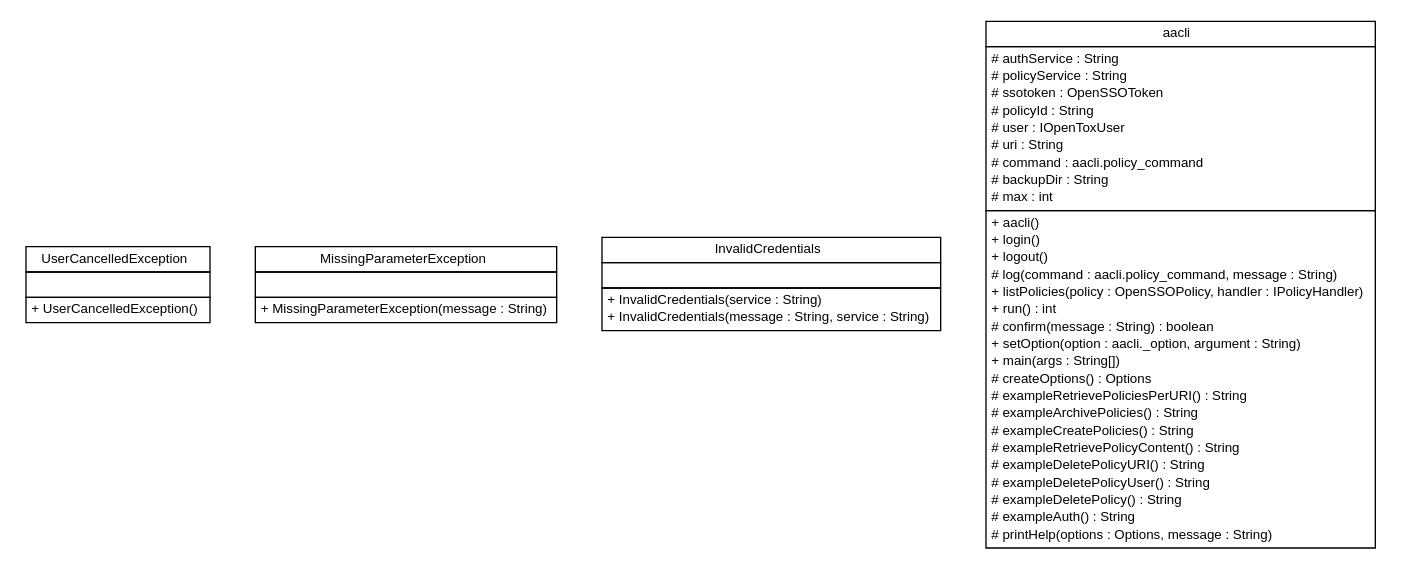
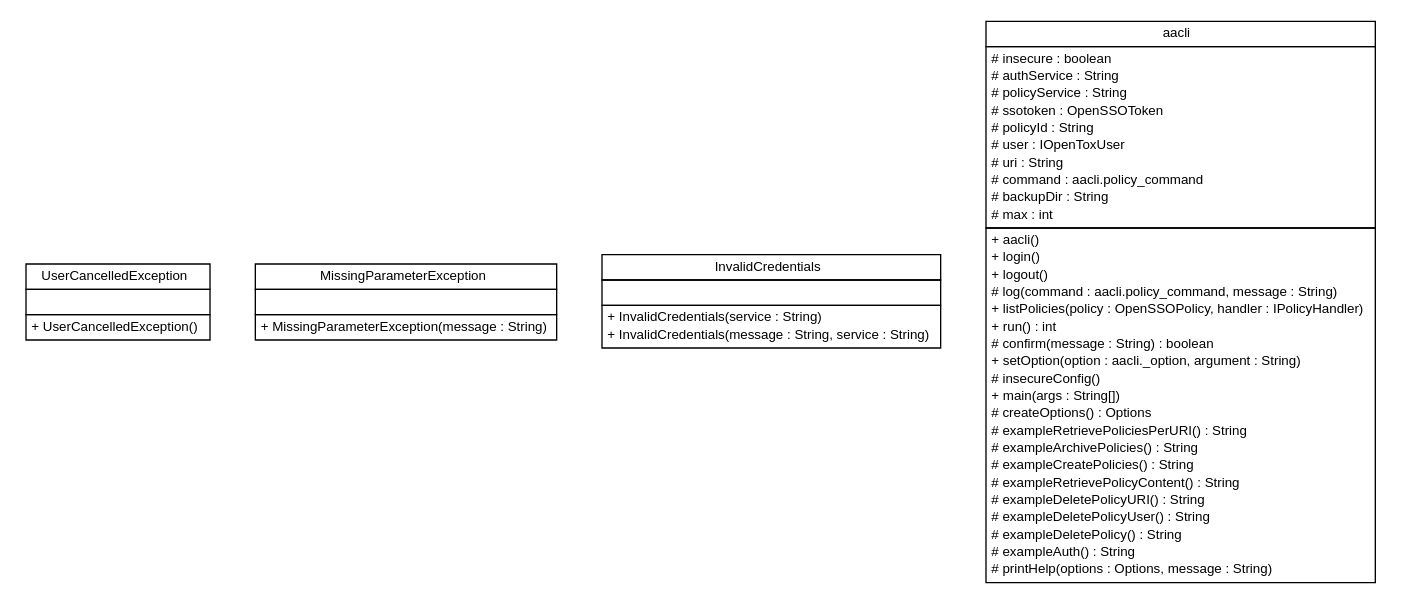
Before and after one commit to vedina/opentox-aa-cli: the diagram in apidocs/org/opentox/aa/cli/org.opentox.aa.cli.dot, drawn with Graphviz. The commit also changed 129 other files, not shown here.

```diff
--- a/apidocs/org/opentox/aa/cli/org.opentox.aa.cli.dot
+++ b/apidocs/org/opentox/aa/cli/org.opentox.aa.cli.dot
@@ -1,85 +1,87 @@
 #!/usr/local/bin/dot
 #
 # Class diagram 
 # Generated by UmlGraph version 4.6 (http://www.spinellis.gr/sw/umlgraph)
 #
 
 digraph G {
 	edge [fontname="arial",fontsize=10,labelfontname="arial",labelfontsize=10];
 	node [fontname="arial",fontsize=10,shape=plaintext];
 	// org.opentox.aa.cli.UserCancelledException
 	c0 [label=<<table border="0" cellborder="1" cellspacing="0" cellpadding="2" port="p" href="./UserCancelledException.html">
 		<tr><td><table border="0" cellspacing="0" cellpadding="1">
 			<tr><td> UserCancelledException </td></tr>
 		</table></td></tr>
 		<tr><td><table border="0" cellspacing="0" cellpadding="1">
 			<tr><td align="left">  </td></tr>
 		</table></td></tr>
 		<tr><td><table border="0" cellspacing="0" cellpadding="1">
 			<tr><td align="left"> + UserCancelledException() </td></tr>
 		</table></td></tr>
 		</table>>, fontname="arial", fontcolor="black", fontsize=10.0];
 	// org.opentox.aa.cli.MissingParameterException
 	c1 [label=<<table border="0" cellborder="1" cellspacing="0" cellpadding="2" port="p" href="./MissingParameterException.html">
 		<tr><td><table border="0" cellspacing="0" cellpadding="1">
 			<tr><td> MissingParameterException </td></tr>
 		</table></td></tr>
 		<tr><td><table border="0" cellspacing="0" cellpadding="1">
 			<tr><td align="left">  </td></tr>
 		</table></td></tr>
 		<tr><td><table border="0" cellspacing="0" cellpadding="1">
 			<tr><td align="left"> + MissingParameterException(message : String) </td></tr>
 		</table></td></tr>
 		</table>>, fontname="arial", fontcolor="black", fontsize=10.0];
 	// org.opentox.aa.cli.InvalidCredentials
 	c2 [label=<<table border="0" cellborder="1" cellspacing="0" cellpadding="2" port="p" href="./InvalidCredentials.html">
 		<tr><td><table border="0" cellspacing="0" cellpadding="1">
 			<tr><td> InvalidCredentials </td></tr>
 		</table></td></tr>
 		<tr><td><table border="0" cellspacing="0" cellpadding="1">
 			<tr><td align="left">  </td></tr>
 		</table></td></tr>
 		<tr><td><table border="0" cellspacing="0" cellpadding="1">
 			<tr><td align="left"> + InvalidCredentials(service : String) </td></tr>
 			<tr><td align="left"> + InvalidCredentials(message : String, service : String) </td></tr>
 		</table></td></tr>
 		</table>>, fontname="arial", fontcolor="black", fontsize=10.0];
 	// org.opentox.aa.cli.aacli
 	c3 [label=<<table border="0" cellborder="1" cellspacing="0" cellpadding="2" port="p" href="./aacli.html">
 		<tr><td><table border="0" cellspacing="0" cellpadding="1">
 			<tr><td> aacli </td></tr>
 		</table></td></tr>
 		<tr><td><table border="0" cellspacing="0" cellpadding="1">
+			<tr><td align="left"> # insecure : boolean </td></tr>
 			<tr><td align="left"> # authService : String </td></tr>
 			<tr><td align="left"> # policyService : String </td></tr>
 			<tr><td align="left"> # ssotoken : OpenSSOToken </td></tr>
 			<tr><td align="left"> # policyId : String </td></tr>
 			<tr><td align="left"> # user : IOpenToxUser </td></tr>
 			<tr><td align="left"> # uri : String </td></tr>
 			<tr><td align="left"> # command : aacli.policy_command </td></tr>
 			<tr><td align="left"> # backupDir : String </td></tr>
 			<tr><td align="left"> # max : int </td></tr>
 		</table></td></tr>
 		<tr><td><table border="0" cellspacing="0" cellpadding="1">
 			<tr><td align="left"> + aacli() </td></tr>
 			<tr><td align="left"> + login() </td></tr>
 			<tr><td align="left"> + logout() </td></tr>
 			<tr><td align="left"> # log(command : aacli.policy_command, message : String) </td></tr>
 			<tr><td align="left"> + listPolicies(policy : OpenSSOPolicy, handler : IPolicyHandler) </td></tr>
 			<tr><td align="left"> + run() : int </td></tr>
 			<tr><td align="left"> # confirm(message : String) : boolean </td></tr>
 			<tr><td align="left"> + setOption(option : aacli._option, argument : String) </td></tr>
+			<tr><td align="left"> # insecureConfig() </td></tr>
 			<tr><td align="left"> + main(args : String[]) </td></tr>
 			<tr><td align="left"> # createOptions() : Options </td></tr>
 			<tr><td align="left"> # exampleRetrievePoliciesPerURI() : String </td></tr>
 			<tr><td align="left"> # exampleArchivePolicies() : String </td></tr>
 			<tr><td align="left"> # exampleCreatePolicies() : String </td></tr>
 			<tr><td align="left"> # exampleRetrievePolicyContent() : String </td></tr>
 			<tr><td align="left"> # exampleDeletePolicyURI() : String </td></tr>
 			<tr><td align="left"> # exampleDeletePolicyUser() : String </td></tr>
 			<tr><td align="left"> # exampleDeletePolicy() : String </td></tr>
 			<tr><td align="left"> # exampleAuth() : String </td></tr>
 			<tr><td align="left"> # printHelp(options : Options, message : String) </td></tr>
 		</table></td></tr>
 		</table>>, fontname="arial", fontcolor="black", fontsize=10.0];
 }
```
